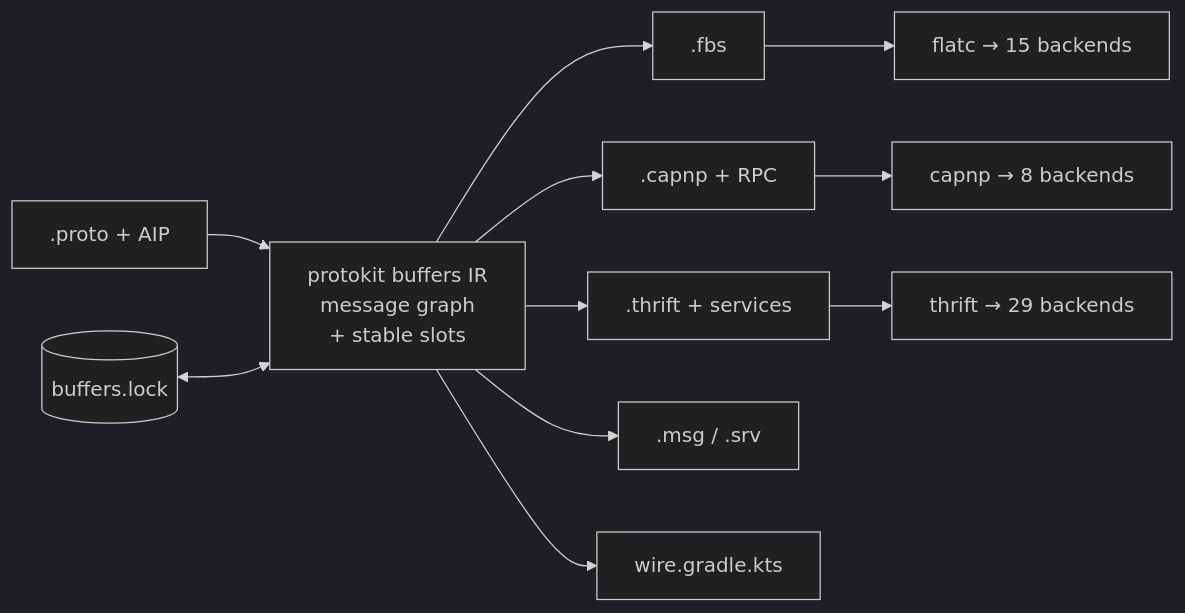
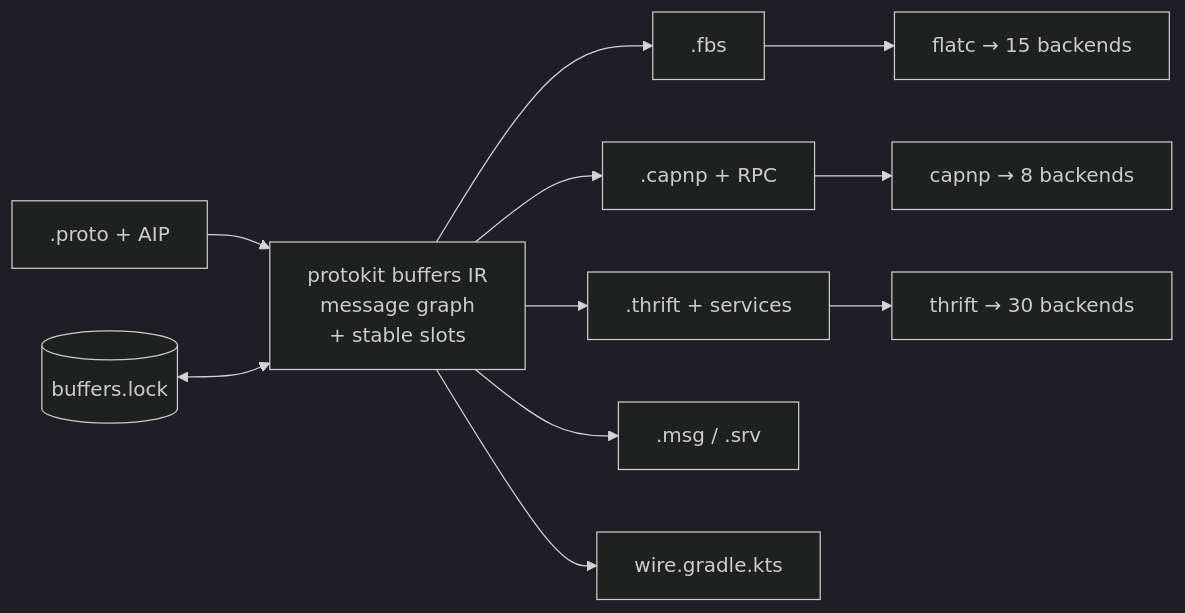
Before and after one commit to the-protobuf-project/buffers: the first of 5 diagrams in README.md, drawn with Mermaid (dark theme). The commit also changed other lines of this file and 4 other files, not shown here.

````diff
--- a/README.md
+++ b/README.md
@@ -61,13 +61,13 @@
 ```mermaid
 flowchart LR
     P[".proto + AIP"] --> IR["protokit buffers IR<br/>message graph<br/>+ stable slots"]
     L[("buffers.lock")] <--> IR
     IR --> FB[".fbs"]
     IR --> CP[".capnp + RPC"]
     IR --> TH[".thrift + services"]
     IR --> RS[".msg / .srv"]
     IR --> WR["wire.gradle.kts"]
     FB --> FC["flatc → 15 backends"]
     CP --> CC["capnp → 8 backends"]
-    TH --> TC["thrift → 29 backends"]
+    TH --> TC["thrift → 30 backends"]
 ```
````
